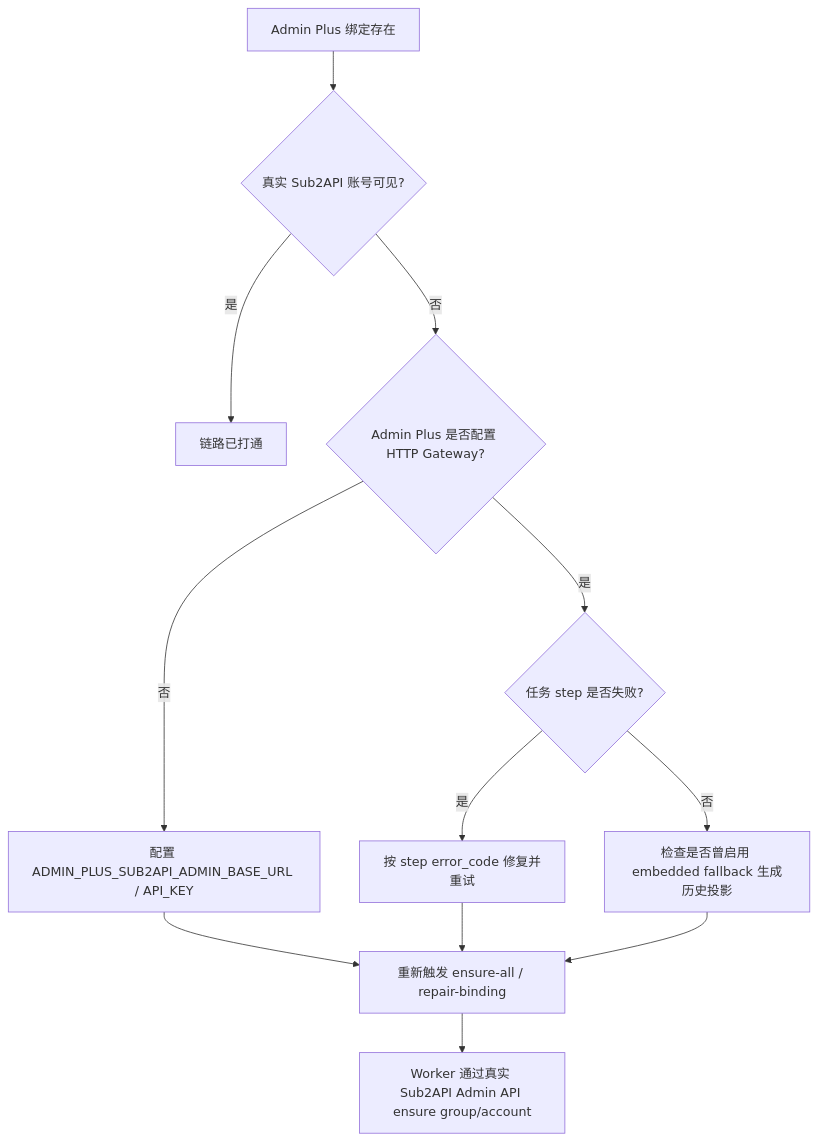
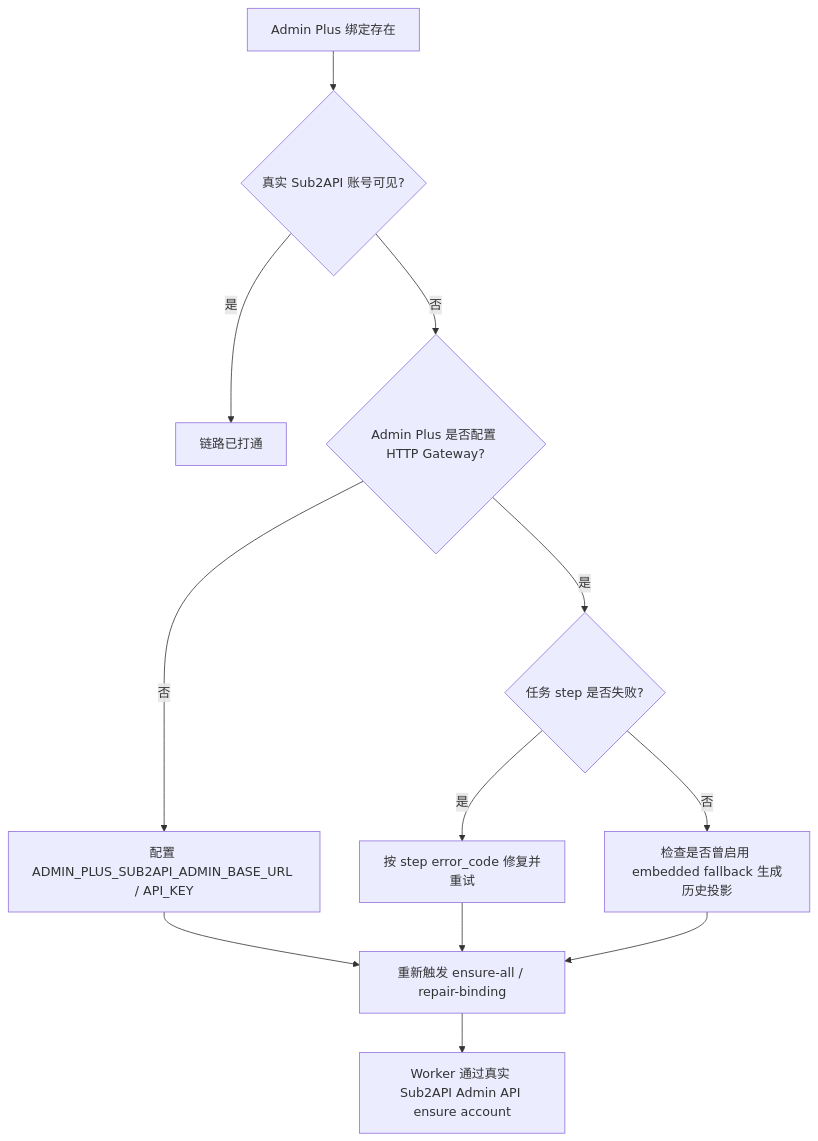
The sixth of 6 diagrams in docs/roadmap/accounts/ASYNC_PROVISIONING.md (openrelayllm/superllm), drawn with Mermaid before and after one commit. The commit also changed other lines of this file and 19 other files, not shown here.

````diff
--- a/docs/roadmap/accounts/ASYNC_PROVISIONING.md
+++ b/docs/roadmap/accounts/ASYNC_PROVISIONING.md
@@ -422,14 +422,14 @@
 ```mermaid
 flowchart TD
   A[Admin Plus 绑定存在] --> B{真实 Sub2API 账号可见?}
   B -->|是| C[链路已打通]
   B -->|否| D{Admin Plus 是否配置 HTTP Gateway?}
   D -->|否| E[配置 ADMIN_PLUS_SUB2API_ADMIN_BASE_URL / API_KEY]
   D -->|是| F{任务 step 是否失败?}
   F -->|是| G[按 step error_code 修复并重试]
   F -->|否| H[检查是否曾启用 embedded fallback 生成历史投影]
   E --> I[重新触发 ensure-all / repair-binding]
   G --> I
   H --> I
-  I --> J[Worker 通过真实 Sub2API Admin API ensure group/account]
+  I --> J[Worker 通过真实 Sub2API Admin API ensure account]
 ```
````
